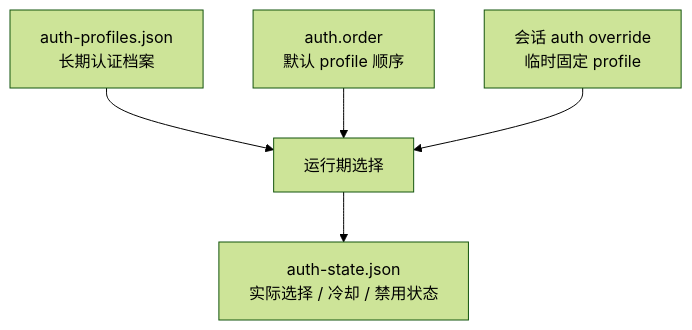
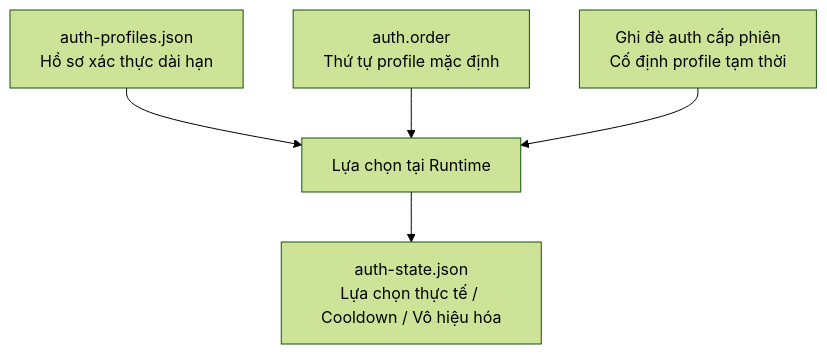
The first of 2 diagrams in 11_reliability_security/11.1_auth_profiles.md (dino-edu/openclaw_guide), drawn with Mermaid (forest theme) before and after one commit. The commit also changed other lines of this file and 27 other files, not shown here.

````diff
--- a/11_reliability_security/11.1_auth_profiles.md
+++ b/11_reliability_security/11.1_auth_profiles.md
@@ -19,7 +19,7 @@
 ```mermaid
 flowchart TD
-  P["auth-profiles.json<br/>长期认证档案"] --> S
-  O["auth.order<br/>默认 profile 顺序"] --> S
-  A["会话 auth override<br/>临时固定 profile"] --> S["运行期选择"]
-  S --> AP["auth-state.json<br/>实际选择 / 冷却 / 禁用状态"]
+  P["auth-profiles.json<br/>Hồ sơ xác thực dài hạn"] --> S
+  O["auth.order<br/>Thứ tự profile mặc định"] --> S
+  A["Ghi đè auth cấp phiên<br/>Cố định profile tạm thời"] --> S["Lựa chọn tại Runtime"]
+  S --> AP["auth-state.json<br/>Lựa chọn thực tế / Cooldown / Vô hiệu hóa"]
 ```
````
